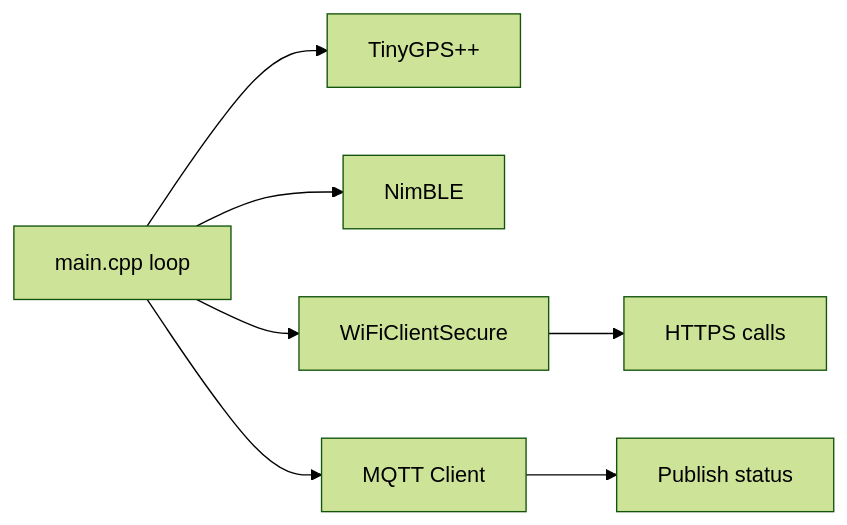
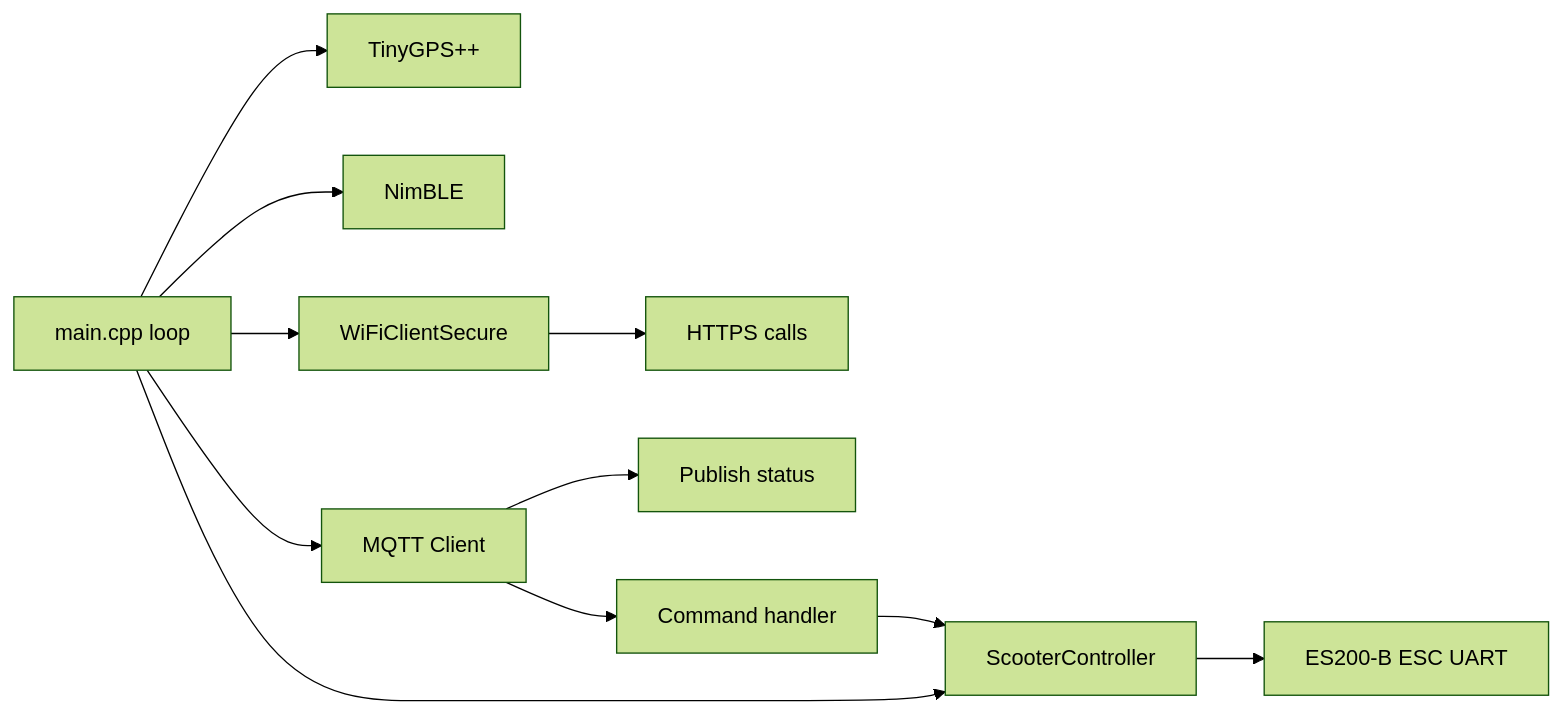
The first of 2 diagrams in docs/en/esp32.md (sparesparrow/bzeed-mobility), drawn with Mermaid (forest theme) before and after one commit. The commit also changed other lines of this file and 16 other files, not shown here.

````diff
--- a/docs/en/esp32.md
+++ b/docs/en/esp32.md
@@ -3,9 +3,13 @@
 ```mermaid
 flowchart LR
   Main[main.cpp loop] --> GPS[TinyGPS++]
   Main --> BLE[NimBLE]
   Main --> HTTP[WiFiClientSecure]
   Main --> MQTT[MQTT Client]
+  Main --> SC[ScooterController]
   MQTT --> Pub[Publish status]
+  MQTT --> Cmd[Command handler]
+  Cmd --> SC
   HTTP --> REST[HTTPS calls]
+  SC --> ESC[ES200-B ESC UART]
 ```
````
